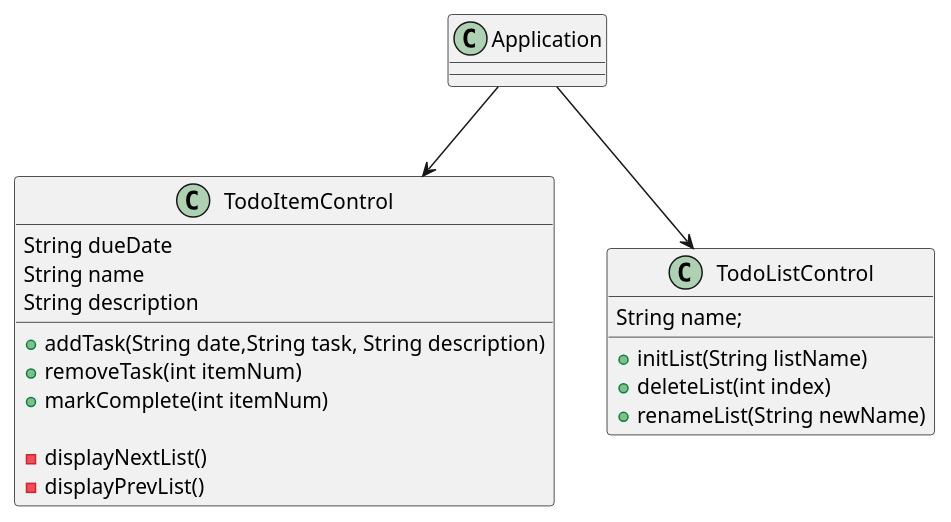
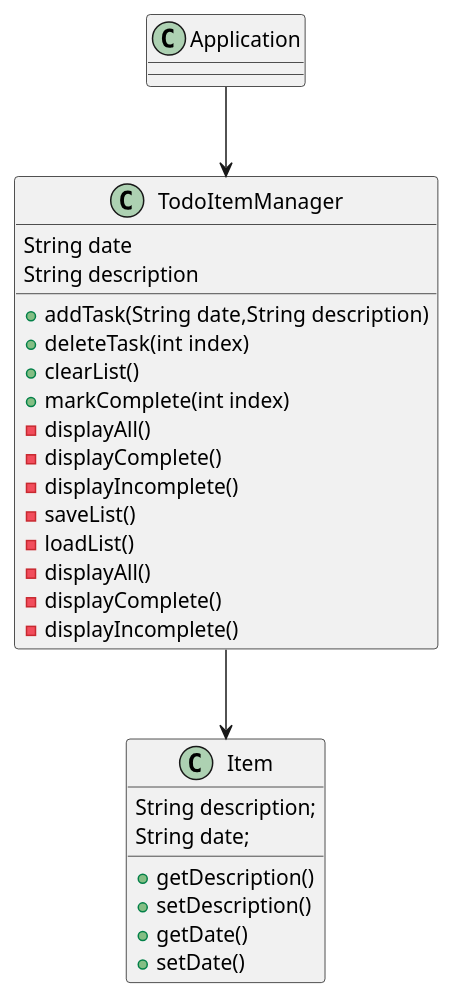
One commit to azoomer2/zommer-app1-impl changed the diagram in docs/ToDo List UML.puml. Above: the diagram before and after it, drawn with PlantUML. The commit also changed 9 other files, not shown here.

Commit message:
Updated psudocode and UML implementation

```diff
--- a/docs/ToDo List UML.puml
+++ b/docs/ToDo List UML.puml
@@ -1,29 +1,42 @@
 @startuml
 
 Class Application{
 
 
 }
-Class TodoItemControl{
-    String dueDate
-    String name
+Class Item{
+    String description;
+    String date;
+
+    +getDescription()
+    +setDescription()
+    +getDate()
+    +setDate()
+
+}
+
+Class TodoItemManager{
+    String date
     String description
 
-    +addTask(String date,String task, String description)
-    +removeTask(int itemNum)
-    +markComplete(int itemNum)
+    +addTask(String date,String description)
+    +deleteTask(int index)
+    +clearList()
+    +markComplete(int index)
+    -displayAll()
+    -displayComplete()
+    -displayIncomplete()
+    -saveList()
+    -loadList()
 
-    -displayNextList()
-    -displayPrevList()
-}
-Class TodoListControl{
-       String name;
 
-       +initList(String listName)
-       +deleteList(int index)
-       +renameList(String newName)
+    -displayAll()
+    -displayComplete()
+    -displayIncomplete()
 }
 
-Application --> TodoListControl
-Application --> TodoItemControl
+
+Application --> TodoItemManager
+
+TodoItemManager --> Item
 @enduml
```
